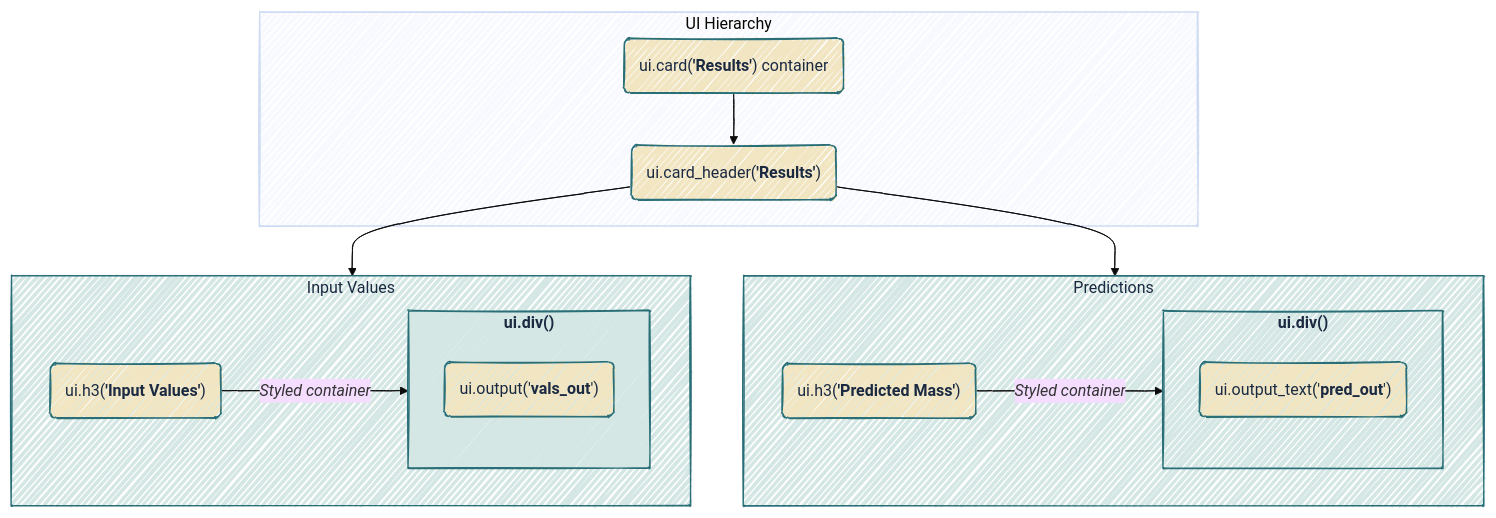
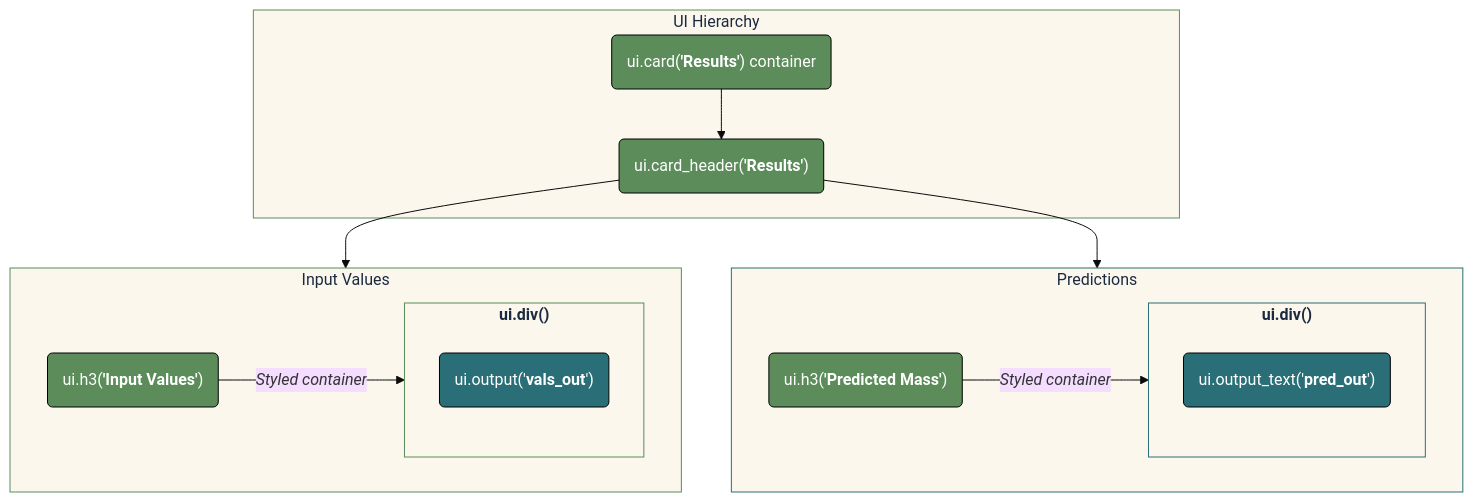
One commit to mjfrigaard/do4ds-labs changed the fourth of 15 diagrams in app-log-py.qmd. Above: the diagram before and after it, drawn with Mermaid. The commit also changed other lines of this file and 48 other files, not shown here.

````diff
--- a/app-log-py.qmd
+++ b/app-log-py.qmd
@@ -346,40 +352,46 @@
 ```{mermaid}
 %%| fig-cap: 'Predictions (UI)'
 %%| fig-width: 7.0
-%%| fig-align: center
-%%{init: {'theme': 'base', 'look': 'handDrawn', 'themeVariables': {'fontFamily': 'monospace'}}}%%
+%%| fig-align: 'center'
+%%{init: {'theme': 'base', 'themeVariables': {'fontFamily': 'monospace'}}}%%
 
 graph TD
-    subgraph "UI Hierarchy"
+    subgraph UIH["UI Hierarchy"]
         Card("ui.card(<strong>'Results'</strong>) container")
         Header("ui.card_header(<strong>'Results'</strong>)")
     end
-    
+
     subgraph Inputs["Input Values"]
         InputHeader("ui.h3(<strong>'Input Values'</strong>)")
         subgraph iDiv["<strong>ui.div()</strong>"]
             InpValOut("ui.output('<strong>vals_out</strong>')")
         end
     end
-    
+
     subgraph Preds["Predictions"]
         PredHeader("ui.h3(<strong>'Predicted Mass'</strong>)")
         subgraph pDiv["<strong>ui.div()</strong>"]
             PredOut("ui.output_text('<strong>pred_out</strong>')")
         end
     end
-    
+
     Card --> Header
     Header --> Inputs
     Header --> Preds
     PredHeader --"<em>Styled container</em>" --> pDiv
     InputHeader --"<em>Styled container</em>" --> iDiv
-    classDef default fill:#F2E6C2,stroke:#2A6F77,color:#1B2A41
-    style Inputs fill:#d4e7e4,stroke:#2A6F77,color:#1B2A41
-    style iDiv fill:#d4e7e4,stroke:#2A6F77,color:#1B2A41
-    style Preds fill:#d4e7e4,stroke:#2A6F77,color:#1B2A41
-    style pDiv fill:#d4e7e4,stroke:#2A6F77,color:#1B2A41
+    style Card fill:#5B8C5A,stroke:#000000,stroke-width:1px,color:#ffffff
+    style Header fill:#5B8C5A,stroke:#000000,stroke-width:1px,color:#ffffff
+    style InputHeader fill:#5B8C5A,stroke:#000000,stroke-width:1px,color:#ffffff
+    style InpValOut fill:#2A6F77,stroke:#000000,stroke-width:1px,color:#ffffff
+    style PredHeader fill:#5B8C5A,stroke:#000000,stroke-width:1px,color:#ffffff
+    style PredOut fill:#2A6F77,stroke:#000000,stroke-width:1px,color:#ffffff
+    style UIH fill:#fbf7ec,stroke:#5B8C5A,color:#1B2A41
+    style Inputs fill:#fbf7ec,stroke:#5B8C5A,color:#1B2A41
+    style iDiv fill:#fbf7ec,stroke:#5B8C5A,color:#1B2A41
+    style Preds fill:#fbf7ec,stroke:#2A6F77,color:#1B2A41
+    style pDiv fill:#fbf7ec,stroke:#2A6F77,color:#1B2A41
 
     
     
 ```
````
